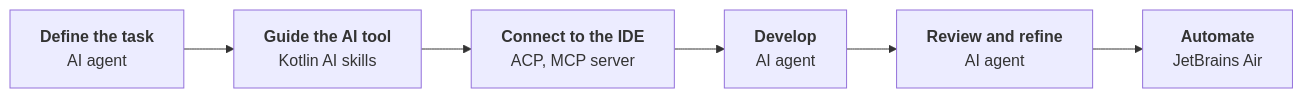
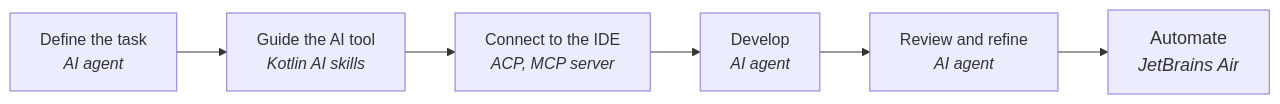
One commit to JetBrains/kotlin-web-site changed the diagram in docs/topics/ai/ai-for-development.md. Above: the diagram before and after it, drawn with Mermaid.

Commit message:
update: test mermaid diagram

````diff
--- a/docs/topics/ai/ai-for-development.md
+++ b/docs/topics/ai/ai-for-development.md
@@ -15,11 +15,20 @@
 ```mermaid
-graph LR
-    DefineTask["<b>Define the task</b><br/>AI agent</br>"]
-    Guide["<b>Guide the AI tool</b><br/>Kotlin AI skills"]
-    Connect["<b>Connect to the IDE</b><br/>ACP, MCP server"]
-    Implement["<b>Develop</b><br/>AI agent"]
-    Review["<b>Review and refine</b><br/>AI agent"]
-    Automate["<b>Automate</b><br/>JetBrains Air"]
+flowchart LR
+    DefineTask["`Define the task
+        _AI agent_`"]
+    Guide["`Guide the AI tool
+        _Kotlin AI skills_`"]
+    Connect["`Connect to the IDE
+        _ACP, MCP server_`"]
+    Implement["`Develop
+        _AI agent_`"]
+    Review["`Review and refine
+        _AI agent_`"]
+    Automate["`Automate
+        _JetBrains Air_`"]
 
     DefineTask --> Guide --> Connect --> Implement --> Review --> Automate
+
+    classDef largeNode font-size:18px;
+    class Automate largeNode;
 ```
````
